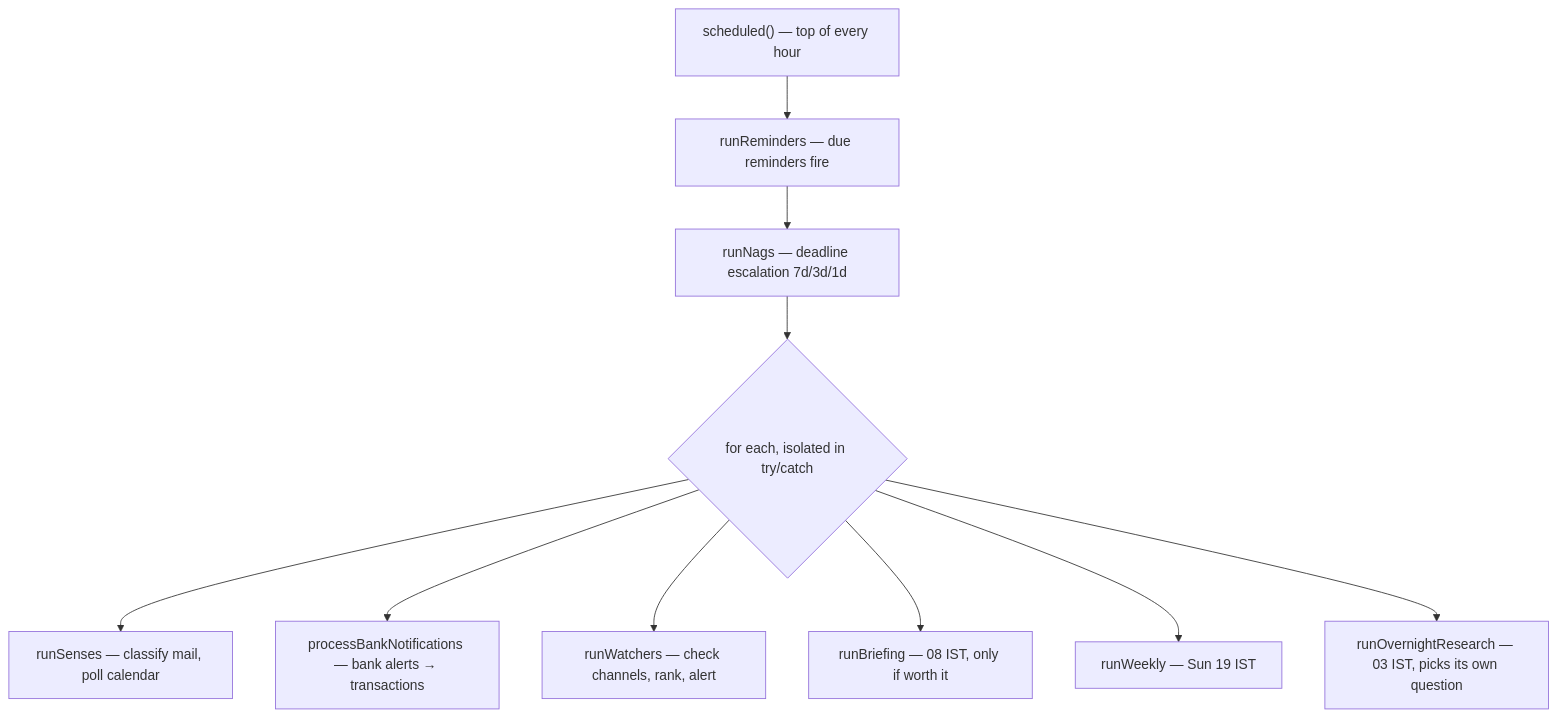
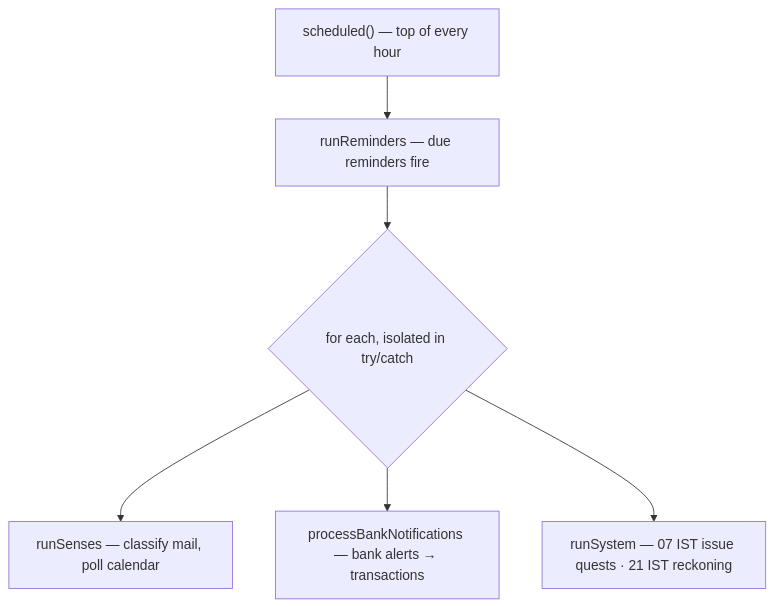
The fifth of 8 diagrams in docs/01-architecture.md (saquibjawedbit/grabber), drawn with Mermaid before and after one commit. The commit also changed other lines of this file and 25 other files, not shown here.

````diff
--- a/docs/01-architecture.md
+++ b/docs/01-architecture.md
@@ -183,13 +180,9 @@
 ```mermaid
 flowchart TB
   cron["scheduled() — top of every hour"]
   cron --> rem["runReminders — due reminders fire"]
-  rem --> nag["runNags — deadline escalation 7d/3d/1d"]
-  nag --> loop{"for each, isolated in try/catch"}
+  rem --> loop{"for each, isolated in try/catch"}
   loop --> senses["runSenses — classify mail, poll calendar"]
   loop --> money["processBankNotifications — bank alerts → transactions"]
-  loop --> watch["runWatchers — check channels, rank, alert"]
-  loop --> brief["runBriefing — 08 IST, only if worth it"]
-  loop --> weekly["runWeekly — Sun 19 IST"]
-  loop --> over["runOvernightResearch — 03 IST, picks its own question"]
+  loop --> sys["runSystem — 07 IST issue quests · 21 IST reckoning"]
 ```
````
